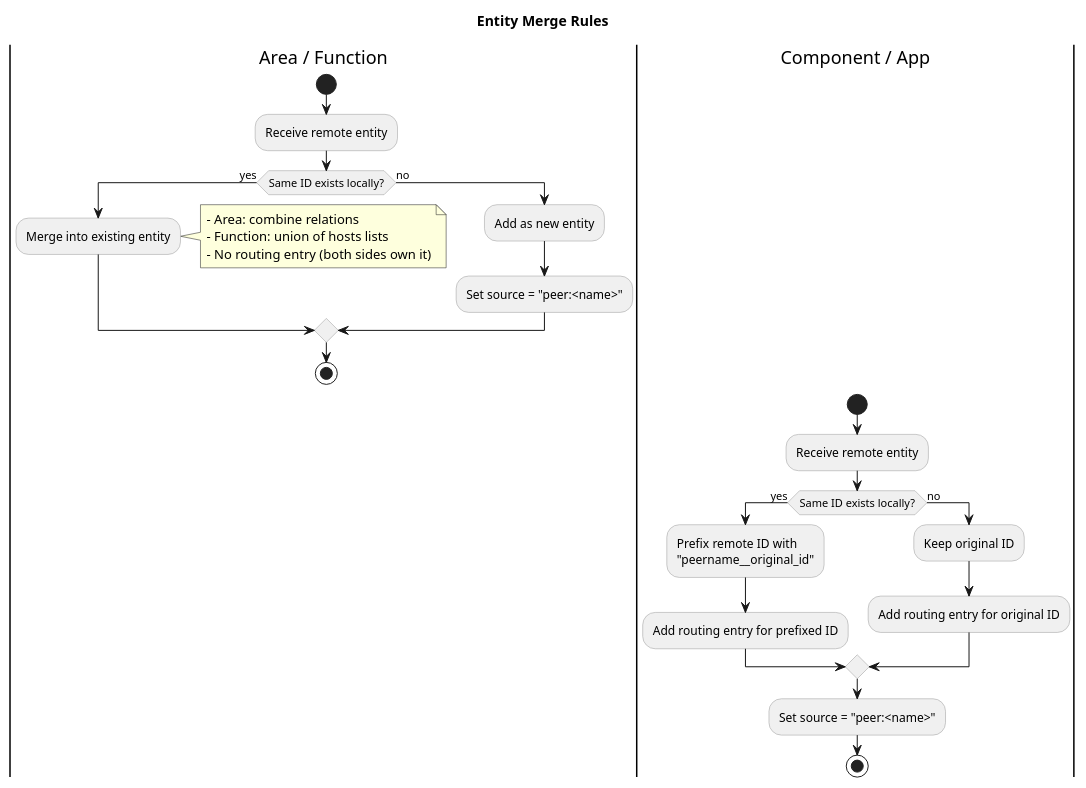
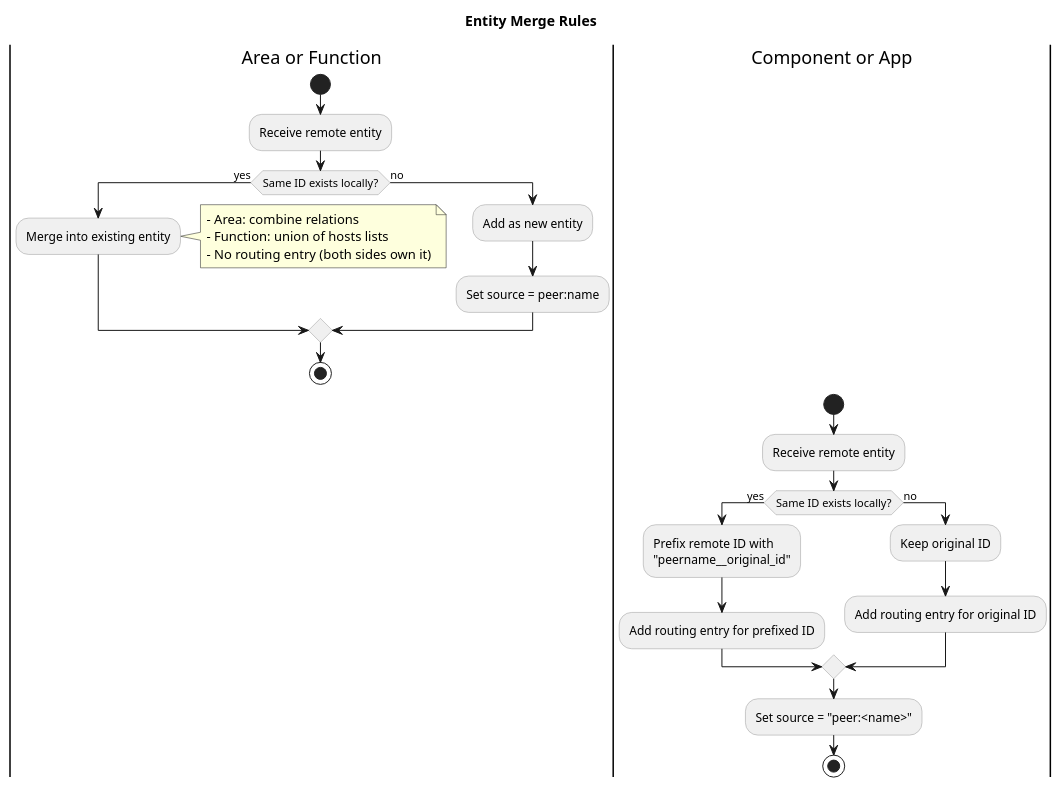
One commit to selfpatch/ros2_medkit changed the third of 4 diagrams in src/ros2_medkit_gateway/design/aggregation.rst. Above: the diagram before and after it, drawn with PlantUML. The commit also changed other lines of this file, not shown here.

Commit message:
fix: PlantUML syntax errors in aggregation design doc

```diff
--- a/src/ros2_medkit_gateway/design/aggregation.rst
+++ b/src/ros2_medkit_gateway/design/aggregation.rst
@@ -183,42 +183,42 @@
 .. plantuml::
    :caption: Entity Merge Logic by Type
 
    @startuml entity_merge
 
    skinparam activity {
        BackgroundColor #f0f0f0
        BorderColor #999999
    }
 
    title Entity Merge Rules
 
-   |Area / Function|
+   |Area or Function|
    start
    :Receive remote entity;
    if (Same ID exists locally?) then (yes)
        :Merge into existing entity;
        note right
            - Area: combine relations
            - Function: union of hosts lists
            - No routing entry (both sides own it)
        end note
    else (no)
        :Add as new entity;
-       :Set source = "peer:<name>";
+       :Set source = peer:name;
    endif
    stop
 
-   |Component / App|
+   |Component or App|
    start
    :Receive remote entity;
    if (Same ID exists locally?) then (yes)
        :Prefix remote ID with\n"peername__original_id";
        :Add routing entry for prefixed ID;
    else (no)
        :Keep original ID;
        :Add routing entry for original ID;
    endif
    :Set source = "peer:<name>";
    stop
 
    @enduml
```
